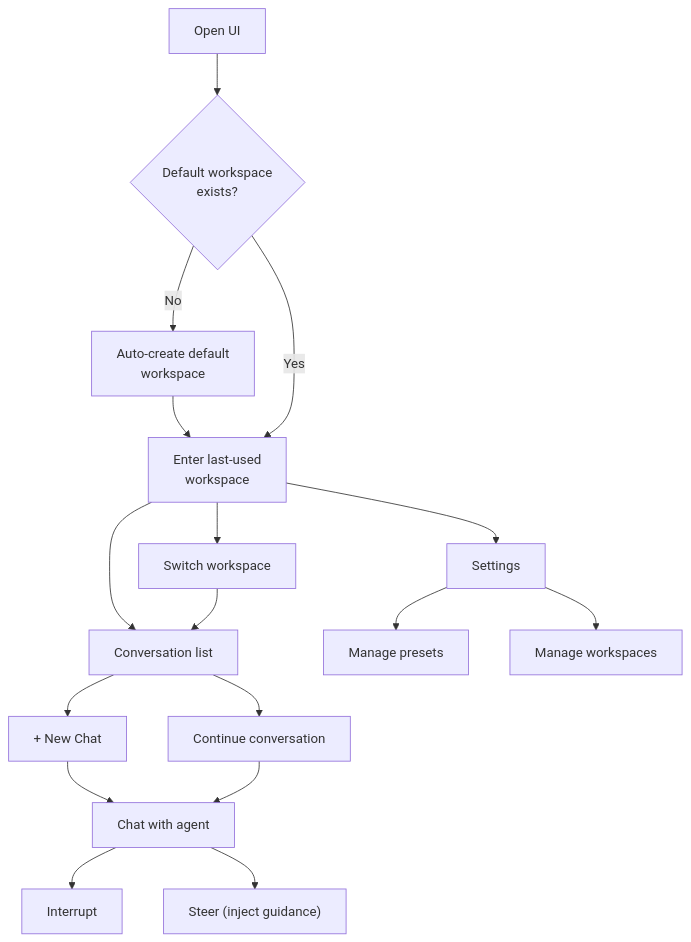
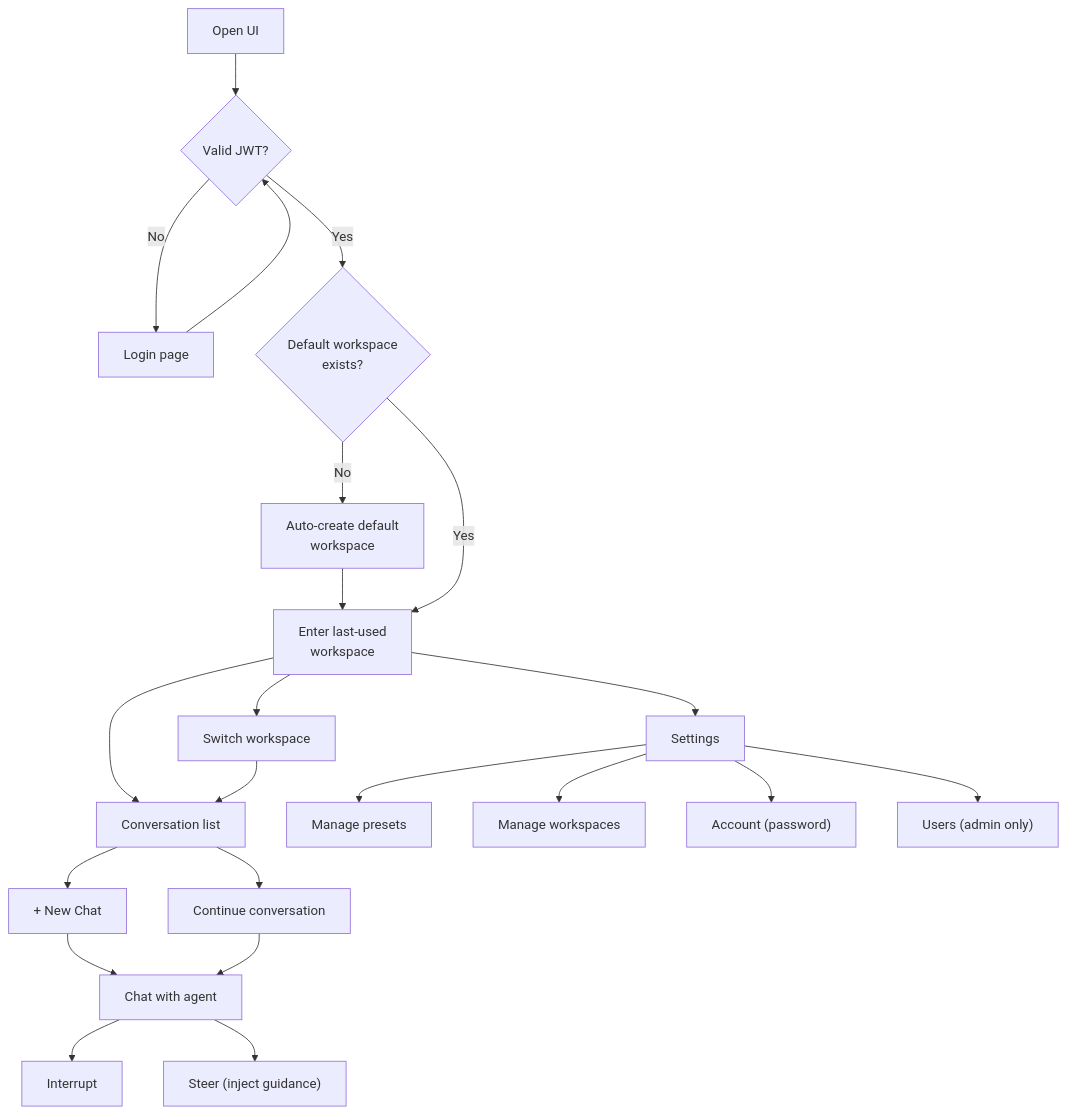
Before and after one commit to Wh1isper/netherbrain: the diagram in ui/spec/00-overview.md, drawn with Mermaid. The commit also changed other lines of this file and 57 other files, not shown here.

First line of the commit message:
feat(auth): add multi-tenancy with user, JWT, and API key authentication

````diff
--- a/ui/spec/00-overview.md
+++ b/ui/spec/00-overview.md
@@ -48,23 +48,28 @@
 ```mermaid
 flowchart TB
-    OPEN[Open UI] --> CHECK{"Default workspace<br/>exists?"}
+    OPEN[Open UI] --> AUTH{"Valid JWT?"}
+    AUTH -->|No| LOGIN["Login page"]
+    LOGIN --> AUTH
+    AUTH -->|Yes| CHECK{"Default workspace<br/>exists?"}
     CHECK -->|No| CREATE["Auto-create default<br/>workspace"]
     CREATE --> ENTER
     CHECK -->|Yes| ENTER["Enter last-used<br/>workspace"]
 
     ENTER --> LIST["Conversation list"]
     LIST --> NEW["+ New Chat"]
     LIST --> RESUME["Continue conversation"]
     NEW --> CHAT["Chat with agent"]
     RESUME --> CHAT
 
     CHAT --> INTERRUPT["Interrupt"]
     CHAT --> STEER["Steer (inject guidance)"]
 
     ENTER --> SWITCH["Switch workspace"]
     SWITCH --> LIST
 
     ENTER --> SETTINGS["Settings"]
     SETTINGS --> PRESETS["Manage presets"]
     SETTINGS --> WORKSPACES["Manage workspaces"]
+    SETTINGS --> ACCOUNT["Account (password)"]
+    SETTINGS --> USERS["Users (admin only)"]
 ```
````
